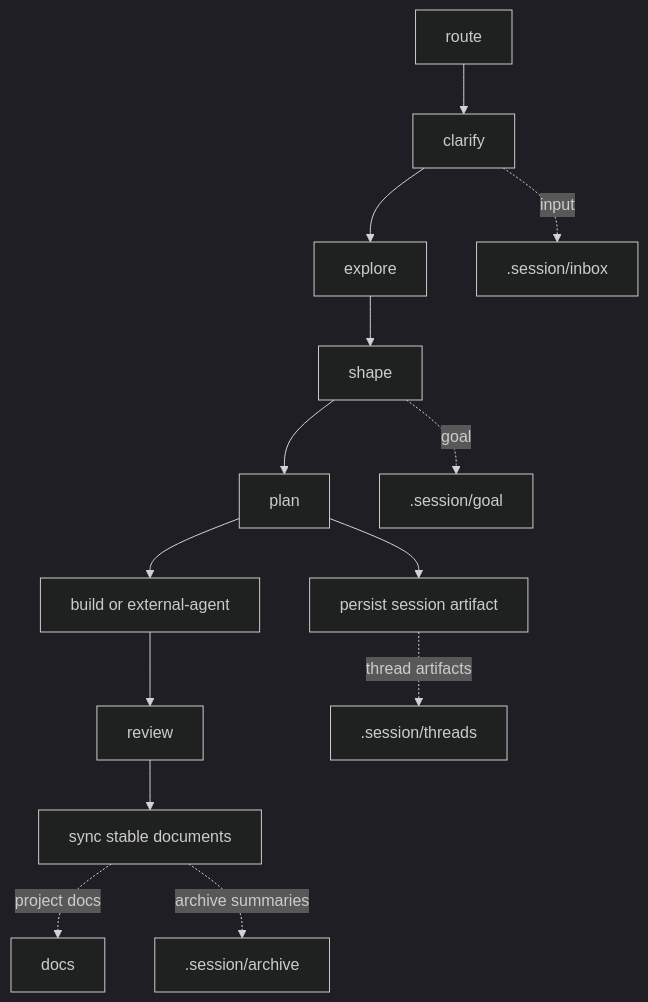
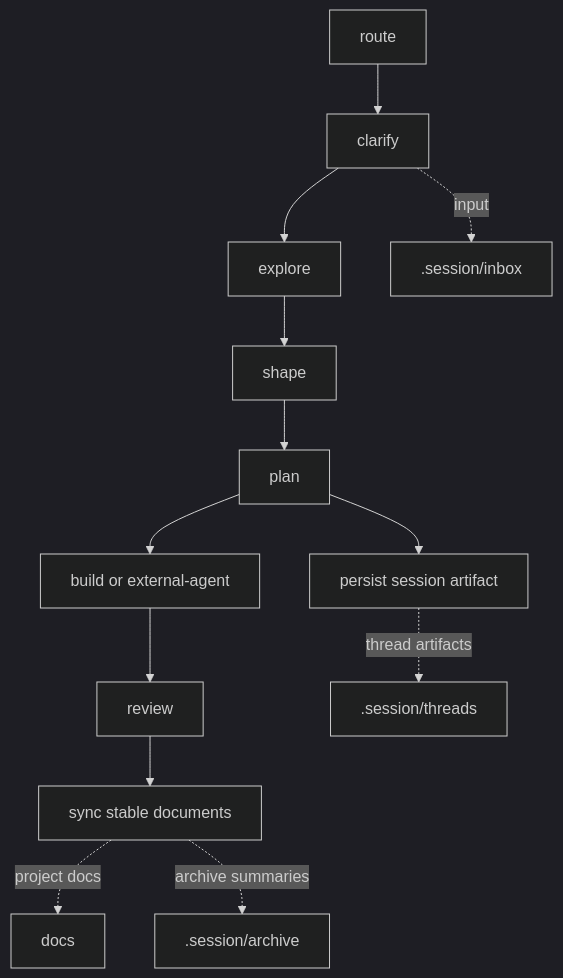
The diagram in .workflow/README.md (FlutteryEmbers/workflow), drawn with Mermaid (dark theme) before and after one commit. The commit also changed other lines of this file and 31 other files, not shown here.

````diff
--- a/.workflow/README.md
+++ b/.workflow/README.md
@@ -7,17 +7,16 @@
 ```mermaid
 graph TD
     R["route"] --> C["clarify"]
     C --> E["explore"]
     E --> S["shape"]
     S --> P["plan"]
     P --> W["persist session artifact"]
     P --> B["build or external-agent"]
     B --> V["review"]
     V --> Y["sync stable documents"]
 
     C -. "input" .-> N[".session/inbox"]
     W -. "thread artifacts" .-> D[".session/threads"]
-    S -. "goal" .-> G[".session/goal"]
     Y -. "project docs" .-> F["docs"]
     Y -. "archive summaries" .-> A[".session/archive"]
 ```
````
